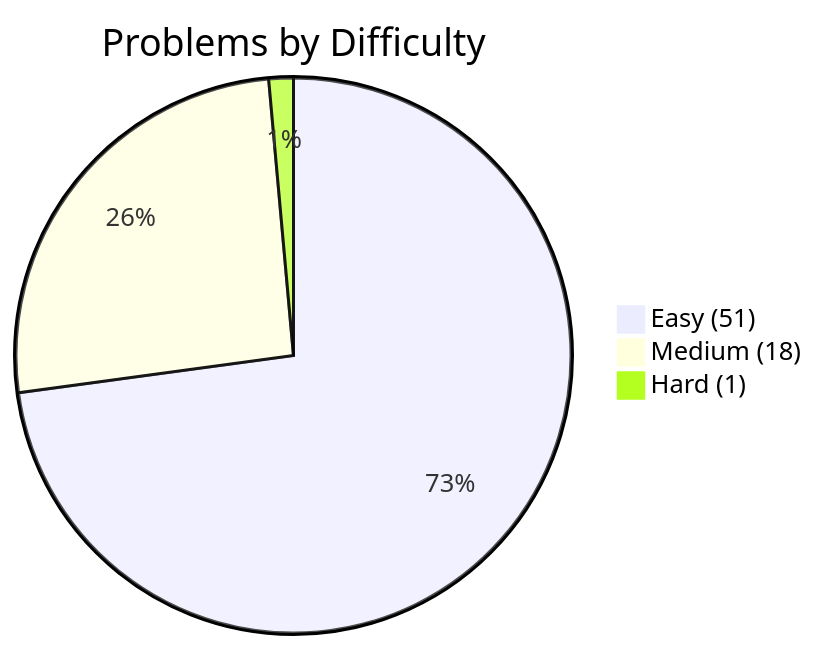
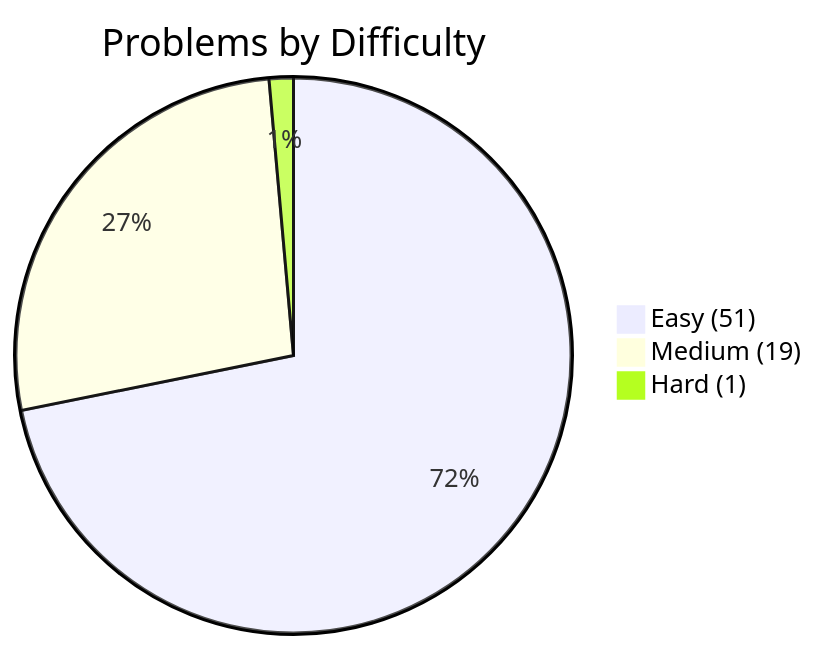
One commit to kanishk-procoder/leetcode-grind changed the first of 2 diagrams in PROGRESS.md. Above: the diagram before and after it, drawn with Mermaid. The commit also changed other lines of this file and 4 other files, not shown here.

````diff
--- a/PROGRESS.md
+++ b/PROGRESS.md
@@ -5,6 +5,6 @@
 ```mermaid
 pie title Problems by Difficulty
     "Easy (51)" : 51
-    "Medium (18)" : 18
+    "Medium (19)" : 19
     "Hard (1)" : 1
 ```
````
